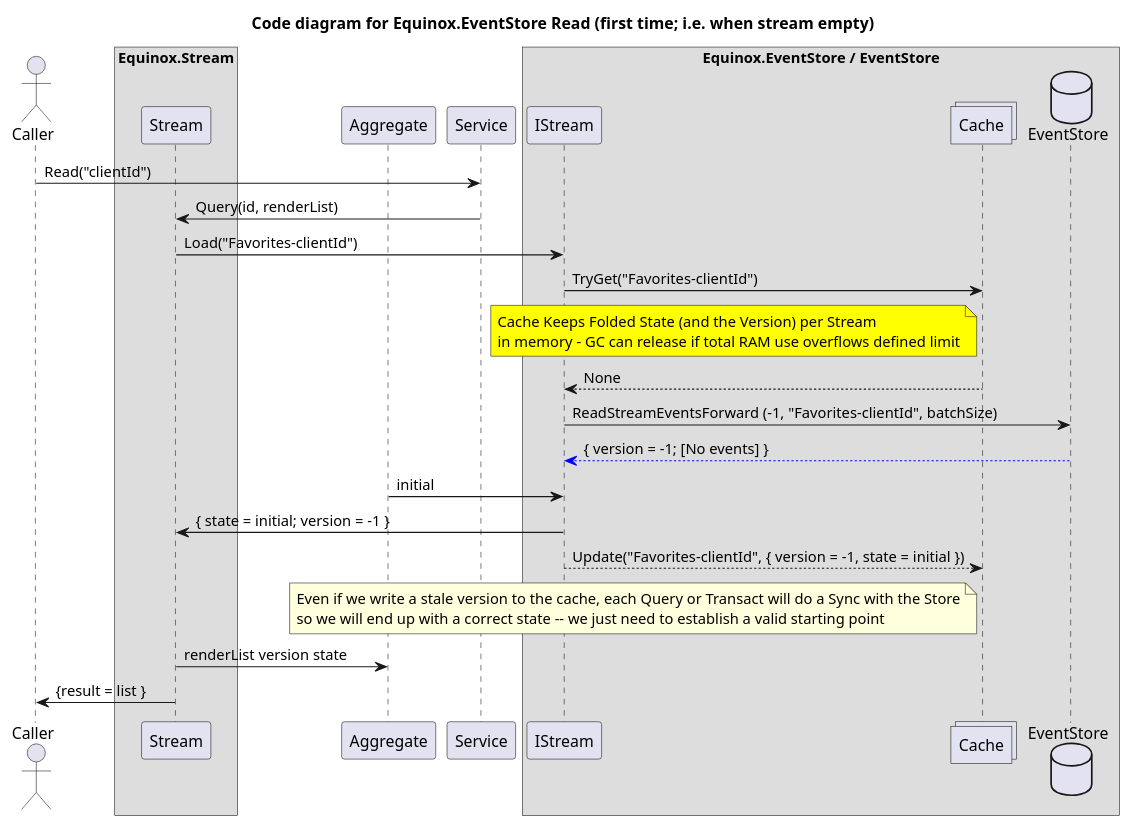
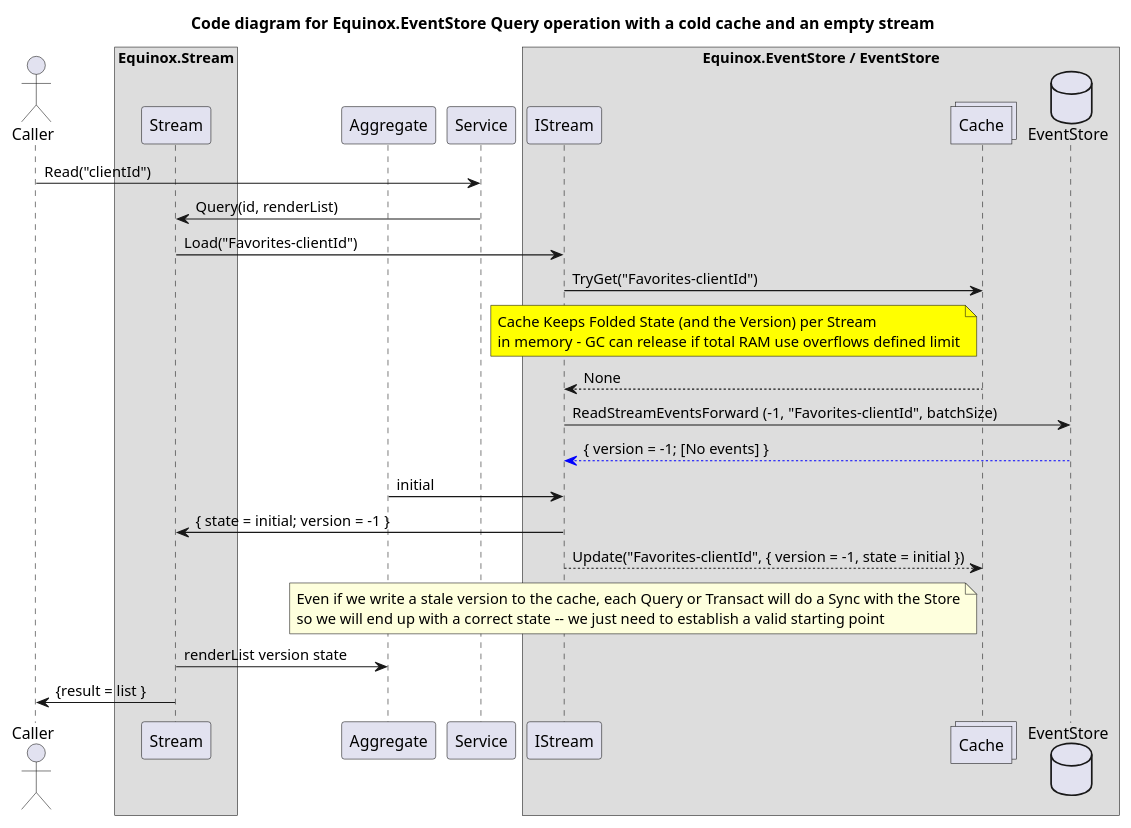
The first of 4 diagrams in diagrams/EventStoreCode.puml (jet/equinox), drawn with PlantUML before and after one commit. The commit also changed other lines of this file and 2 other files, not shown here.

Commit message:
Fix code diagram titles

```diff
--- a/diagrams/EventStoreCode.puml
+++ b/diagrams/EventStoreCode.puml
@@ -1,31 +1,31 @@
 @startuml
-title Code diagram for Equinox.EventStore Read (first time; i.e. when stream empty)
+title Code diagram for Equinox.EventStore Query operation with a cold cache and an empty stream
 
 actor Caller order 20
 box "Equinox.Stream"
     participant Stream order 40
 end box
 participant Aggregate order 50
 participant Service order 60
 box "Equinox.EventStore / EventStore"
   participant IStream order 80
   collections Cache order 90
   database EventStore order 100
 end box
 
 Caller -> Service: Read("clientId")
 participant Aggregate
 Service -> Stream: Query(id, renderList)
 Stream -> IStream: Load("Favorites-clientId")
 IStream -> Cache: TryGet("Favorites-clientId")
 note left of Cache #yellow: Cache Keeps Folded State (and the Version) per Stream\nin memory - GC can release if total RAM use overflows defined limit
 Cache --> IStream: None
 IStream -> EventStore: ReadStreamEventsForward (-1, "Favorites-clientId", batchSize)
 EventStore -[#blue]-> IStream: { version = -1; [No events] }
 IStream <- Aggregate: initial
 IStream -> Stream: { state = initial; version = -1 }
 IStream --> Cache: Update("Favorites-clientId", { version = -1, state = initial })
 note left of Cache: Even if we write a stale version to the cache, each Query or Transact will do a Sync with the Store\nso we will end up with a correct state -- we just need to establish a valid starting point
 Stream -> Aggregate: renderList version state
 Stream -> Caller: {result = list }
 @enduml
```
